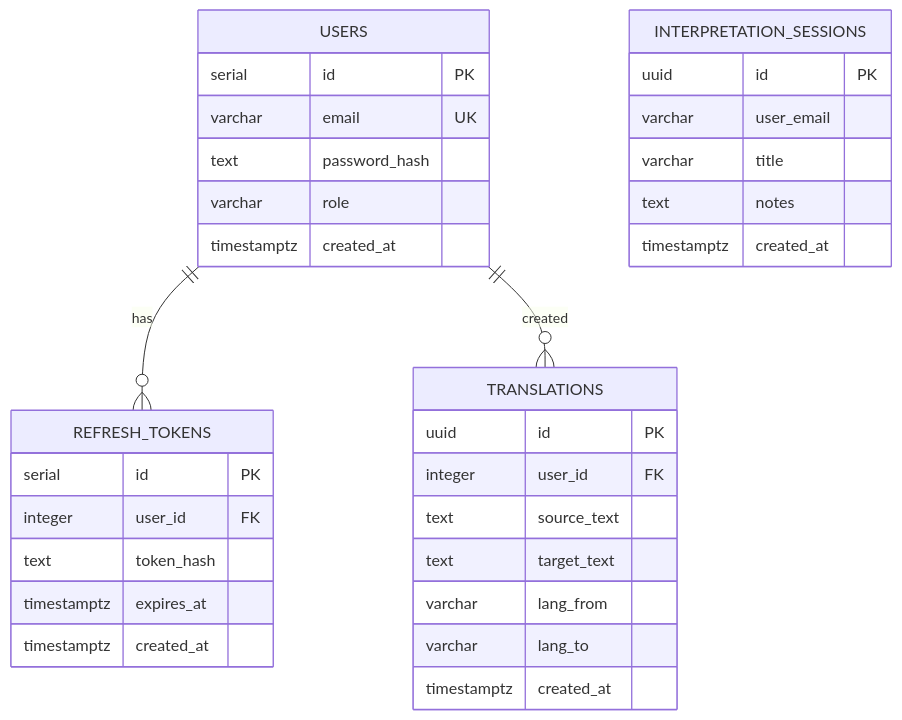
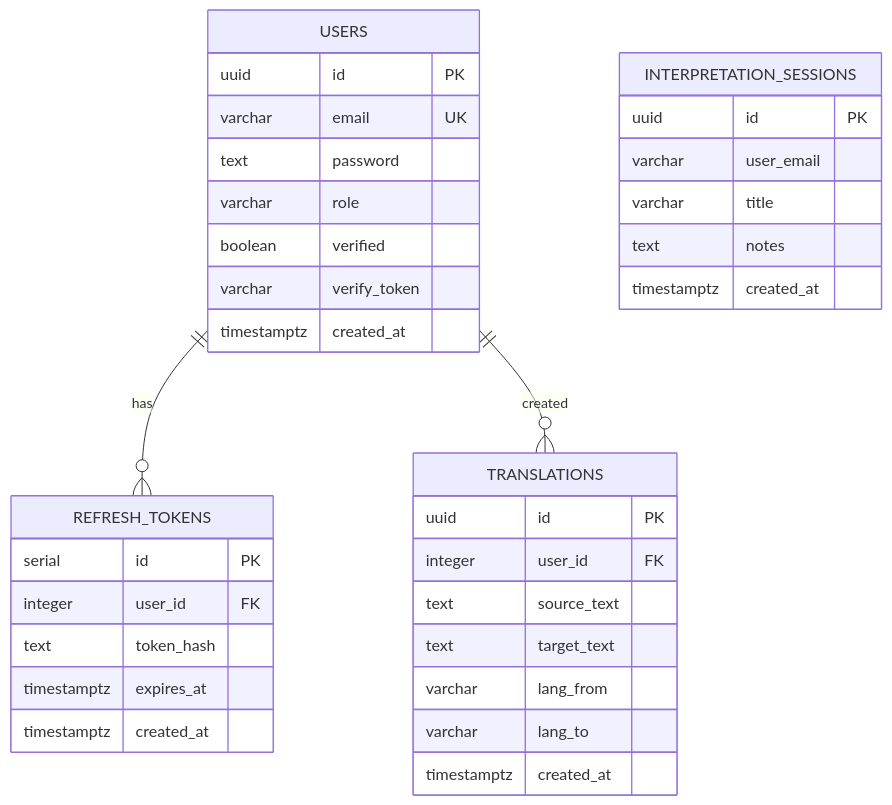
The second of 7 diagrams in .qoder/repowiki/en/content/Database Design.md (ikramhh/signvue-project), drawn with Mermaid before and after one commit. The commit also changed other lines of this file and 4 other files, not shown here.

````diff
--- a/.qoder/repowiki/en/content/Database Design.md
+++ b/.qoder/repowiki/en/content/Database Design.md
@@ -140,35 +156,37 @@
 ```mermaid
 erDiagram
 USERS {
-serial id PK
+uuid id PK
 varchar email UK
-text password_hash
+text password
 varchar role
+boolean verified
+varchar verify_token
 timestamptz created_at
 }
 REFRESH_TOKENS {
 serial id PK
 integer user_id FK
 text token_hash
 timestamptz expires_at
 timestamptz created_at
 }
 INTERPRETATION_SESSIONS {
 uuid id PK
 varchar user_email
 varchar title
 text notes
 timestamptz created_at
 }
 TRANSLATIONS {
 uuid id PK
 integer user_id FK
 text source_text
 text target_text
 varchar lang_from
 varchar lang_to
 timestamptz created_at
 }
 USERS ||--o{ REFRESH_TOKENS : "has"
 USERS ||--o{ TRANSLATIONS : "created"
 ```
````
